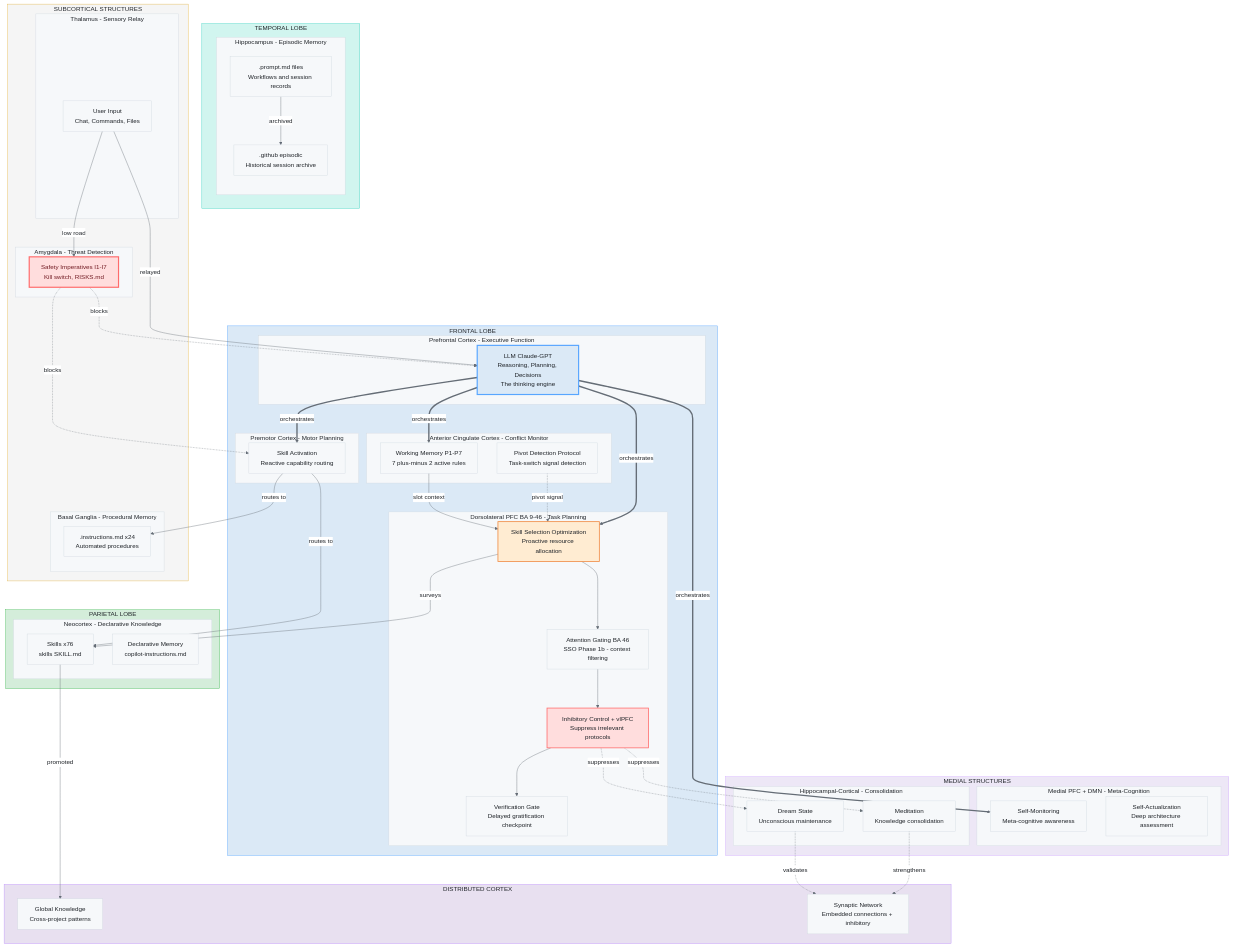
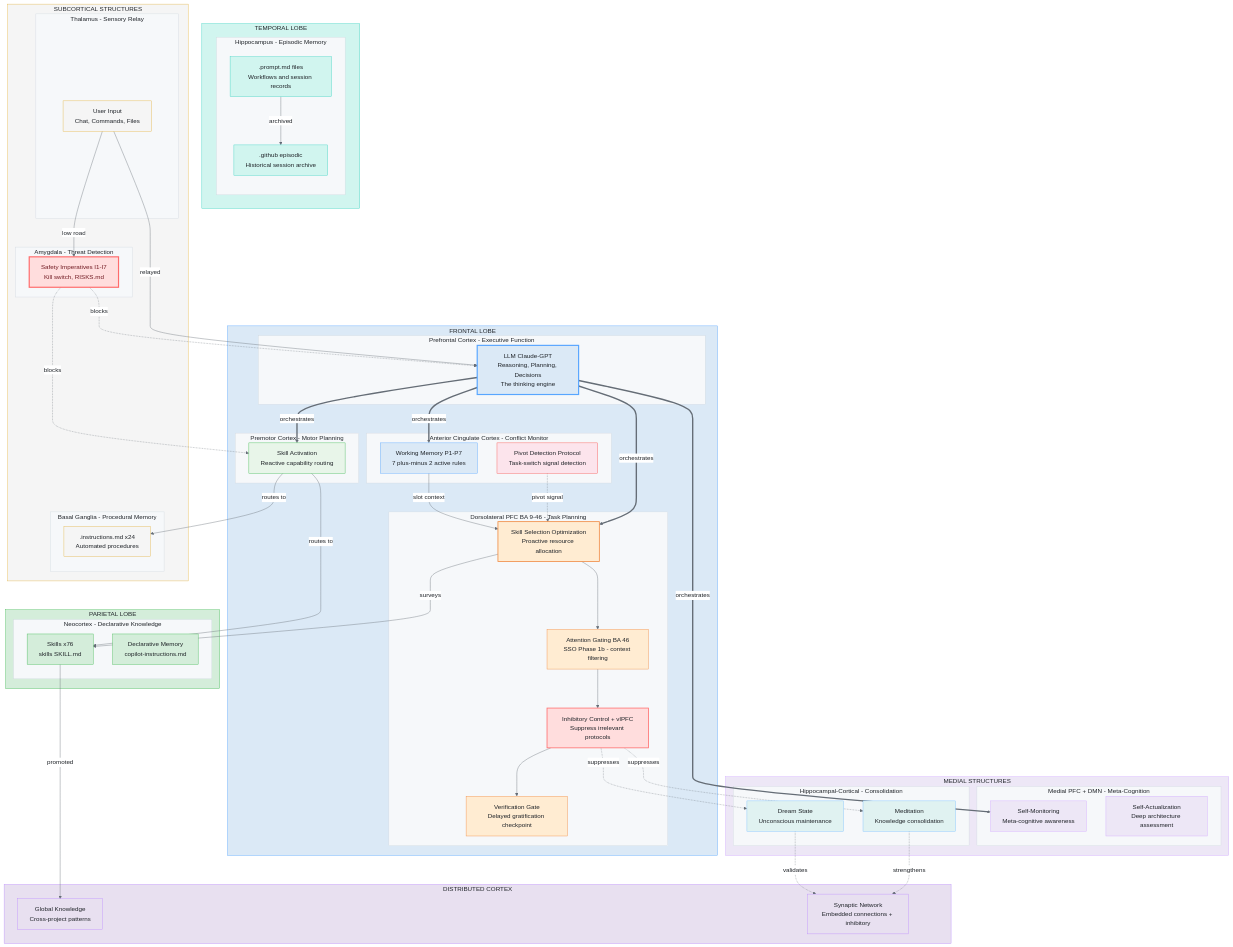
Before and after one commit to fabioc-aloha/Alex_Plug_In: the first of 3 diagrams in alex_docs/architecture/NEUROANATOMICAL-MAPPING.md, drawn with Mermaid. The commit also changed other lines of this file, not shown here.

Commit message:
style: tint all nodes to match parent cluster - no more white boxes
- Every node now has a light fill matching its region color
- Frontal/PFC: light blue, dlPFC: light orange, ACC: light pink
- Temporal: light teal, Parietal: light green, Subcortical: light gray
- Medial: light lavender/cyan, Distributed: light purple
- Safety/inhibitory nodes keep red accent

````diff
--- a/alex_docs/architecture/NEUROANATOMICAL-MAPPING.md
+++ b/alex_docs/architecture/NEUROANATOMICAL-MAPPING.md
@@ -132,9 +132,36 @@
     style MEDIAL fill:#ede7f6,stroke:#d2a8ff,color:#1f2328
     style DISTRIBUTE fill:#e8e0f0,stroke:#bc8cff,color:#1f2328
 
-    %% Key node accents
+    %% Frontal nodes
     style LLM fill:#dbe9f6,stroke:#58a6ff,color:#1f2328,stroke-width:3px
     style SSO fill:#ffecd2,stroke:#f0883e,color:#1f2328,stroke-width:2px
+    style AG fill:#ffecd2,stroke:#f0883e,color:#1f2328
+    style VG fill:#ffecd2,stroke:#f0883e,color:#1f2328
     style IC fill:#fdd,stroke:#ff6b6b,color:#1f2328,stroke-width:2px
+    style PD fill:#fce4ec,stroke:#f85149,color:#1f2328
+    style WM fill:#dbe9f6,stroke:#58a6ff,color:#1f2328
+    style SA fill:#e8f5e9,stroke:#3fb950,color:#1f2328
+
+    %% Temporal nodes
+    style EP fill:#d1f5ef,stroke:#39d2c0,color:#1f2328
+    style EA fill:#d1f5ef,stroke:#39d2c0,color:#1f2328
+
+    %% Parietal nodes
+    style SK fill:#d4edda,stroke:#3fb950,color:#1f2328
+    style DM fill:#d4edda,stroke:#3fb950,color:#1f2328
+
+    %% Subcortical nodes
+    style PM fill:#f5f5f5,stroke:#e3b341,color:#1f2328
+    style INPUT fill:#f5f5f5,stroke:#e3b341,color:#1f2328
     style SAFETY fill:#fdd,stroke:#ff6b6b,color:#721c24,stroke-width:3px
+
+    %% Medial nodes
+    style MC fill:#ede7f6,stroke:#d2a8ff,color:#1f2328
+    style SA2 fill:#ede7f6,stroke:#d2a8ff,color:#1f2328
+    style MED fill:#e0f2f1,stroke:#79c0ff,color:#1f2328
+    style DRM fill:#e0f2f1,stroke:#79c0ff,color:#1f2328
+
+    %% Distributed nodes
+    style GK fill:#e8e0f0,stroke:#bc8cff,color:#1f2328
+    style SYN fill:#e8e0f0,stroke:#bc8cff,color:#1f2328
 ```
````
